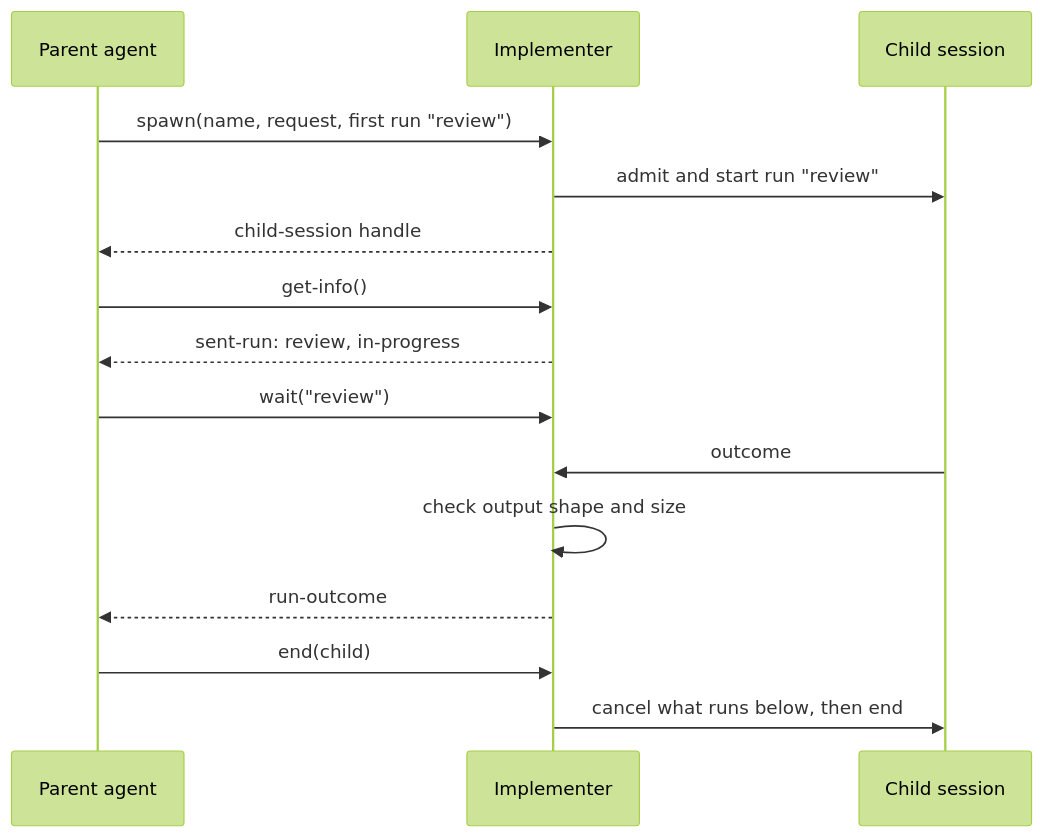
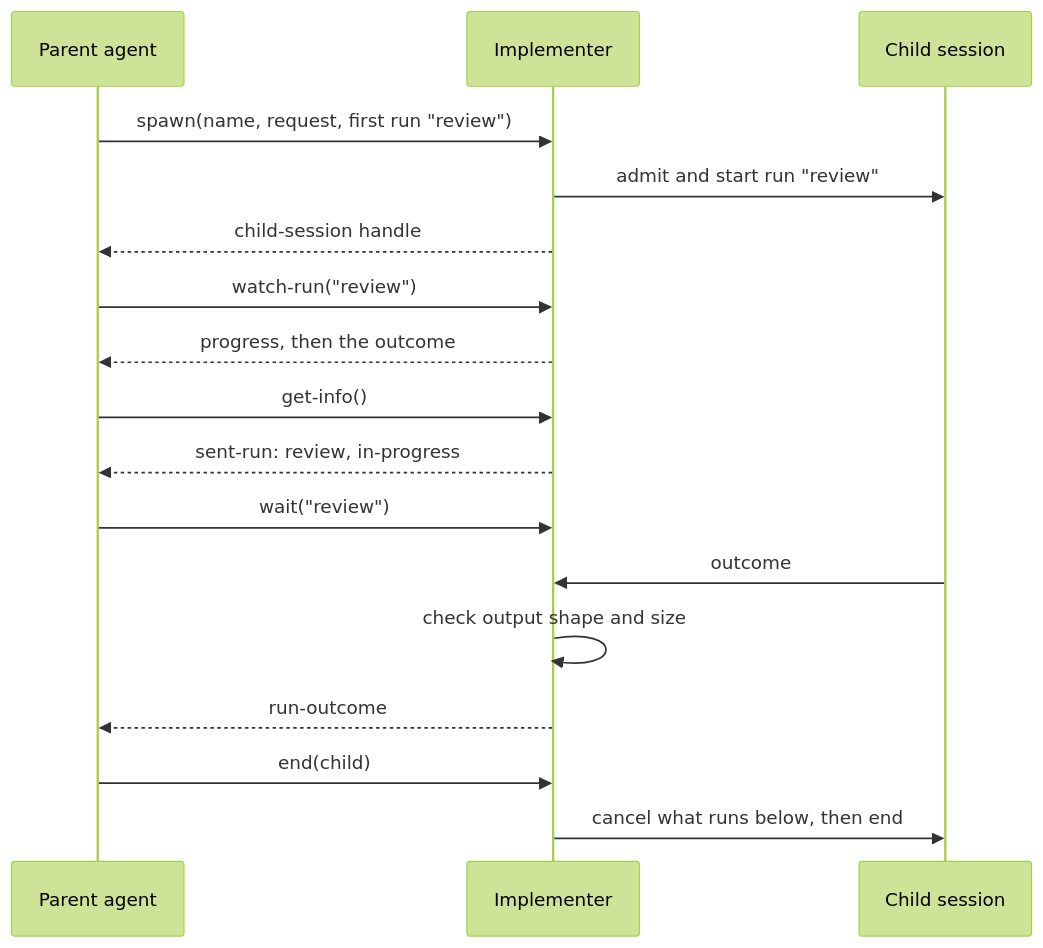
The fourth of 4 diagrams in wit/cosmonic-agent/docs/spawn/README.md (cosmonic-labs/agent-sdk), drawn with Mermaid (forest theme) before and after one commit. The commit also changed other lines of this file and 2 other files, not shown here.

````diff
--- a/wit/cosmonic-agent/docs/spawn/README.md
+++ b/wit/cosmonic-agent/docs/spawn/README.md
@@ -98,17 +98,19 @@
 ```mermaid
 sequenceDiagram
     participant P as Parent agent
     participant I as Implementer
     participant C as Child session
     P->>I: spawn(name, request, first run "review")
     I->>C: admit and start run "review"
     I-->>P: child-session handle
+    P->>I: watch-run("review")
+    I-->>P: progress, then the outcome
     P->>I: get-info()
     I-->>P: sent-run: review, in-progress
     P->>I: wait("review")
     C->>I: outcome
     I->>I: check output shape and size
     I-->>P: run-outcome
     P->>I: end(child)
     I->>C: cancel what runs below, then end
 ```
````
